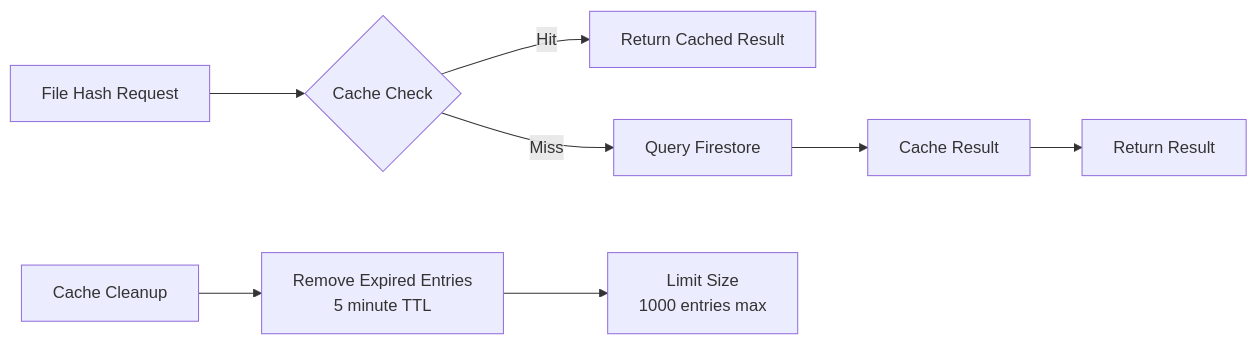
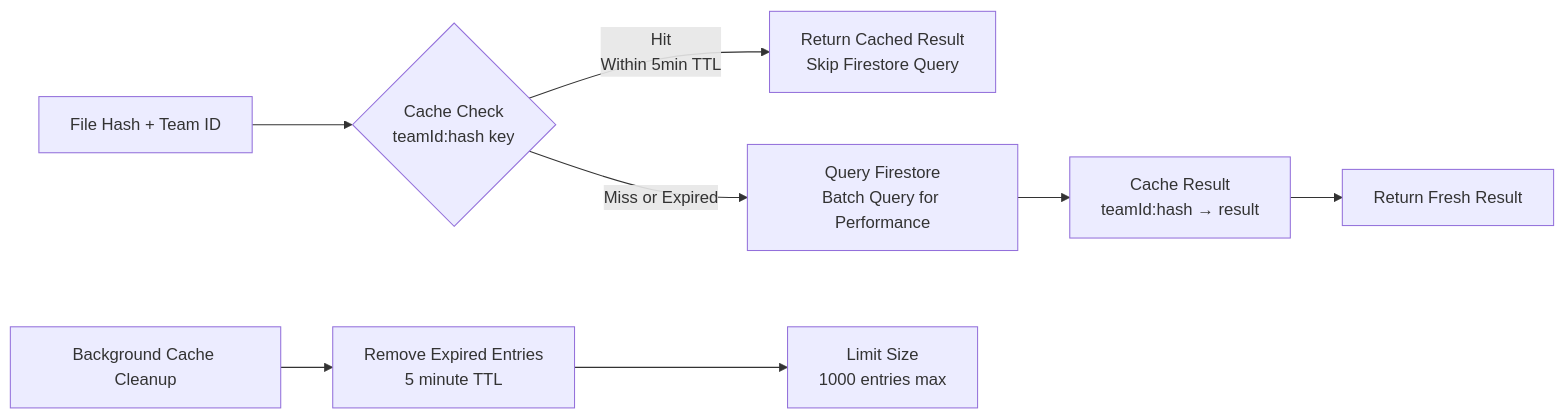
One commit to Mharbulous/Bookkeeper changed the second of 2 diagrams in docs/diagrams/deduplicationLogic.md. Above: the diagram before and after it, drawn with Mermaid. The commit also changed other lines of this file and 2 other files, not shown here.

Commit message:
Refining mermaid diagrams of deduplication process that leverages built-in features of broswers and of Firebase

````diff
--- a/docs/diagrams/deduplicationLogic.md
+++ b/docs/diagrams/deduplicationLogic.md
@@ -116,11 +145,11 @@
 ```mermaid
 graph LR
-    A[File Hash Request] --> B{Cache Check}
-    B -->|Hit| C[Return Cached Result]
-    B -->|Miss| D[Query Firestore]
-    D --> E[Cache Result]
-    E --> F[Return Result]
+    A[File Hash + Team ID] --> B{Cache Check<br/>teamId:hash key}
+    B -->|Hit<br/>Within 5min TTL| C[Return Cached Result<br/>Skip Firestore Query]
+    B -->|Miss or Expired| D[Query Firestore<br/>Batch Query for Performance]
+    D --> E[Cache Result<br/>teamId:hash → result]
+    E --> F[Return Fresh Result]
     
-    G[Cache Cleanup] --> H[Remove Expired Entries<br/>5 minute TTL]
+    G[Background Cache Cleanup] --> H[Remove Expired Entries<br/>5 minute TTL]
     H --> I[Limit Size<br/>1000 entries max]
 ```
````
